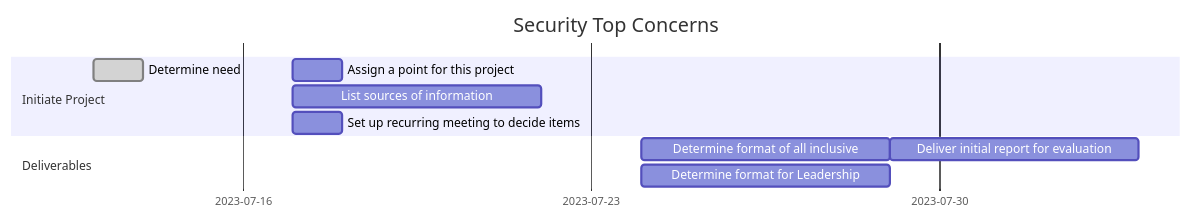
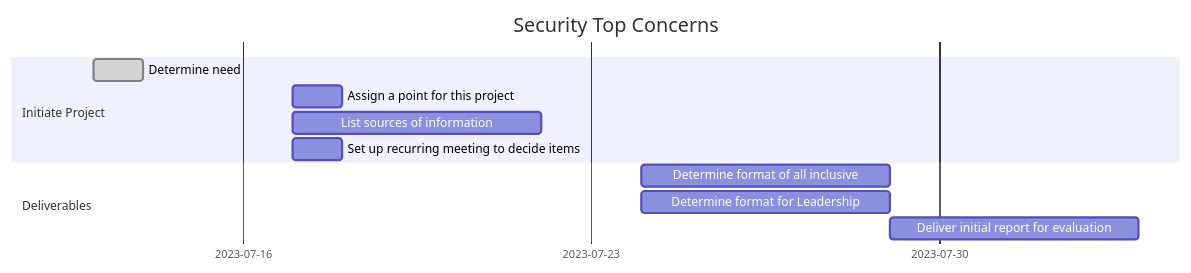
The diagram in SecurityConcerns.md (stahler/MermaidDiagrams), drawn with Mermaid before and after one commit.

Commit message:
Add Formatting

````diff
--- a/SecurityConcerns.md
+++ b/SecurityConcerns.md
@@ -1,21 +1,20 @@
 ```mermaid
----
-displayMode: compact
----
+
 gantt
     title Security Top Concerns
     dateFormat  YYYY-MM-DD
     tickinterval 1week
     todayMarker on
+    %% excludes    Weekends
     
 section Initiate Project
 Determine need                            :done, 2023-07-13, 1d
 Assign a point for this project           :p1, 2023-07-17, 1d
 List sources of information               :p2, 2023-07-17, 5d
 Set up recurring meeting to decide items  :p3, 2023-07-17, 1d
 
 section Deliverables
 Determine format of all inclusive         :d1, 2023-07-24, 5d
 Determine format for Leadership           :d2, 2023-07-24, 5d
 Deliver initial report for evaluation     :after d1 d2, 5d
 ```
````
